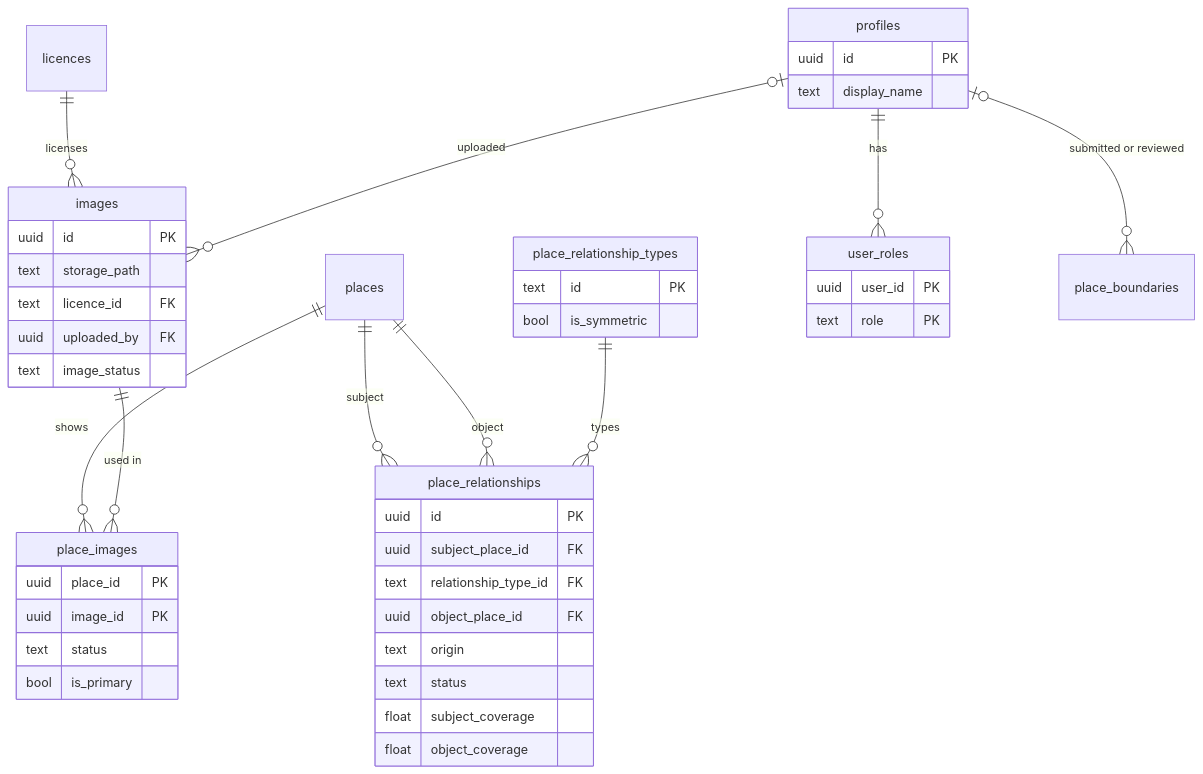
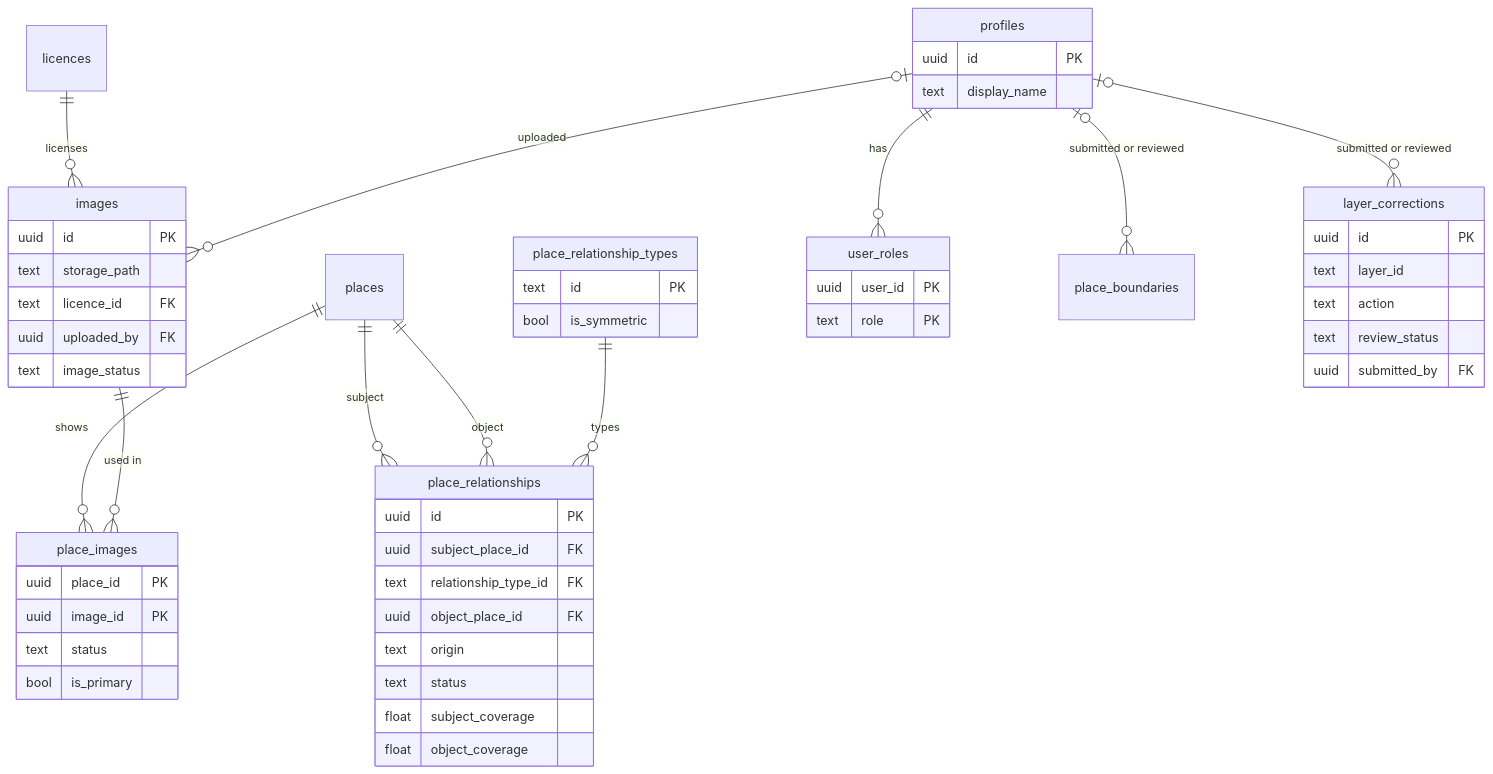
One commit to marynvdl/naturewatch-app changed the fourth of 4 diagrams in docs/database/design.md. Above: the diagram before and after it, drawn with Mermaid. The commit also changed other lines of this file and 10 other files, not shown here.

Commit message:
feat: corrections schema and catalog (task 01) (#466)

````diff
--- a/docs/database/design.md
+++ b/docs/database/design.md
@@ -690,48 +715,56 @@
 ```mermaid
 erDiagram
   places ||--o{ place_relationships : subject
   places ||--o{ place_relationships : object
   place_relationship_types ||--o{ place_relationships : types
   places ||--o{ place_images : shows
   images ||--o{ place_images : "used in"
   licences ||--o{ images : licenses
   profiles ||--o{ user_roles : has
   profiles |o--o{ images : uploaded
   profiles |o--o{ place_boundaries : "submitted or reviewed"
+  profiles |o--o{ layer_corrections : "submitted or reviewed"
 
   place_relationships {
     uuid id PK
     uuid subject_place_id FK
     text relationship_type_id FK
     uuid object_place_id FK
     text origin
     text status
     float subject_coverage
     float object_coverage
   }
   place_relationship_types {
     text id PK
     bool is_symmetric
   }
   images {
     uuid id PK
     text storage_path
     text licence_id FK
     uuid uploaded_by FK
     text image_status
   }
   place_images {
     uuid place_id PK
     uuid image_id PK
     text status
     bool is_primary
   }
   profiles {
     uuid id PK
     text display_name
   }
   user_roles {
     uuid user_id PK
     text role PK
   }
+  layer_corrections {
+    uuid id PK
+    text layer_id
+    text action
+    text review_status
+    uuid submitted_by FK
+  }
 ```
````
